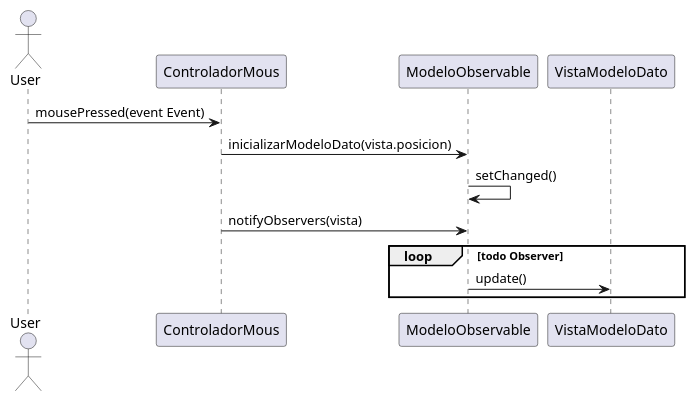
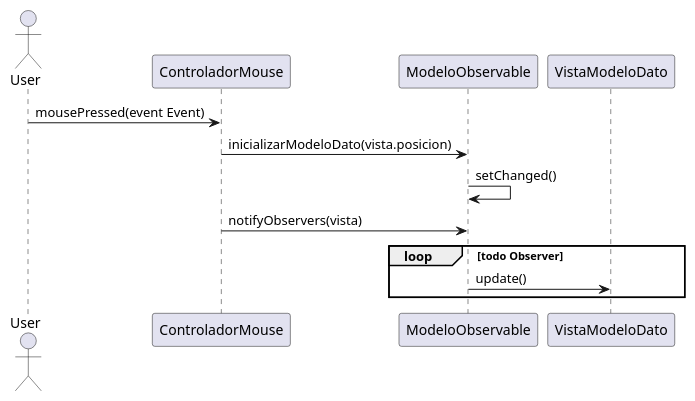
The diagram in diagrams/ds-observer.plantuml (fiuba/algo3_ejemplo_mvc_colores), drawn with PlantUML before and after one commit. The commit also changed 3 other files, not shown here.

Commit message:
Diagramas de secuencia #1

```diff
--- a/diagrams/ds-observer.plantuml
+++ b/diagrams/ds-observer.plantuml
@@ -1,12 +1,12 @@
 @startuml
 
 Actor User
 
-User -> ControladorMous: mousePressed(event Event)
-ControladorMous -> ModeloObservable: inicializarModeloDato(vista.posicion)
+User -> ControladorMouse: mousePressed(event Event)
+ControladorMouse -> ModeloObservable: inicializarModeloDato(vista.posicion)
 ModeloObservable -> ModeloObservable: setChanged()
-ControladorMous -> ModeloObservable: notifyObservers(vista)
+ControladorMouse -> ModeloObservable: notifyObservers(vista)
 loop todo Observer
         ModeloObservable -> VistaModeloDato: update()
 end
 @enduml
```
